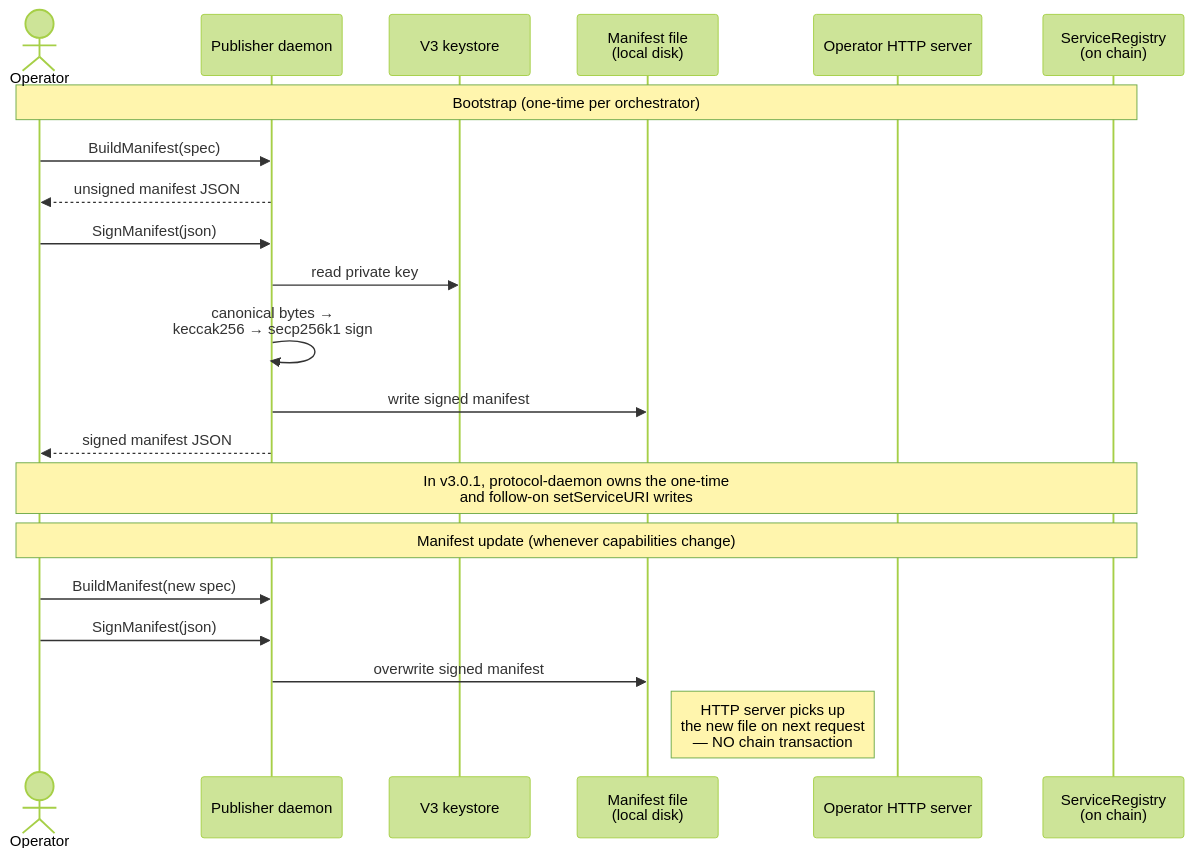
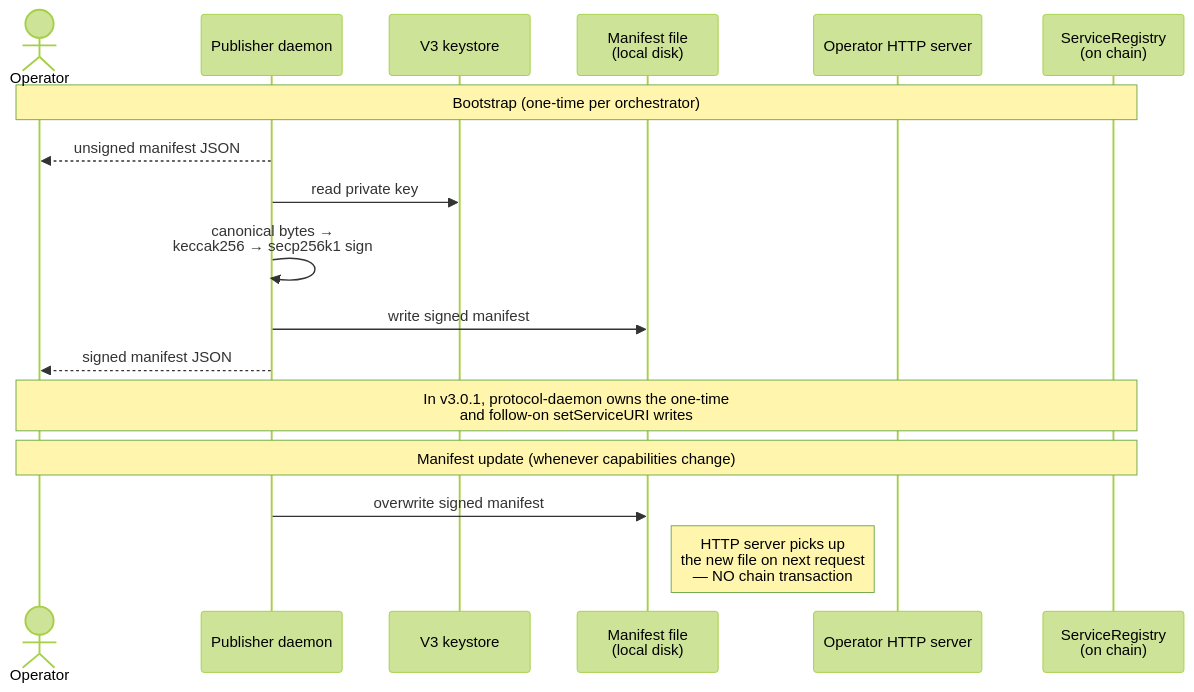
One commit to Cloud-SPE/livepeer-network-modules changed the second of 5 diagrams in service-registry-daemon/docs/design-docs/architecture.md. Above: the diagram before and after it, drawn with Mermaid (forest theme). The commit also changed other lines of this file and 18 other files, not shown here.

````diff
--- a/service-registry-daemon/docs/design-docs/architecture.md
+++ b/service-registry-daemon/docs/design-docs/architecture.md
@@ -165,25 +172,21 @@
 ```mermaid
 sequenceDiagram
     actor Op as Operator
     participant Pub as Publisher daemon
     participant KS as V3 keystore
     participant FS as Manifest file<br/>(local disk)
     participant HTTP as Operator HTTP server
     participant Reg as ServiceRegistry<br/>(on chain)
 
     Note over Op,Reg: Bootstrap (one-time per orchestrator)
-    Op->>Pub: BuildManifest(spec)
     Pub-->>Op: unsigned manifest JSON
-    Op->>Pub: SignManifest(json)
     Pub->>KS: read private key
     Pub->>Pub: canonical bytes →<br/>keccak256 → secp256k1 sign
     Pub->>FS: write signed manifest
     Pub-->>Op: signed manifest JSON
     Note over Op,Reg: In v3.0.1, protocol-daemon owns the one-time<br/>and follow-on setServiceURI writes
 
     Note over Op,Reg: Manifest update (whenever capabilities change)
-    Op->>Pub: BuildManifest(new spec)
-    Op->>Pub: SignManifest(json)
     Pub->>FS: overwrite signed manifest
     Note right of FS: HTTP server picks up<br/>the new file on next request<br/>— NO chain transaction
 ```
````
